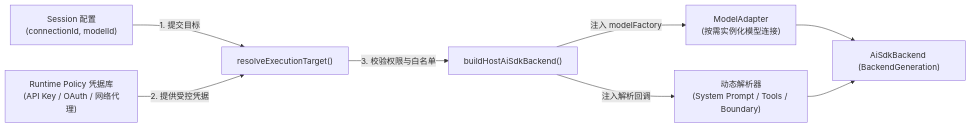
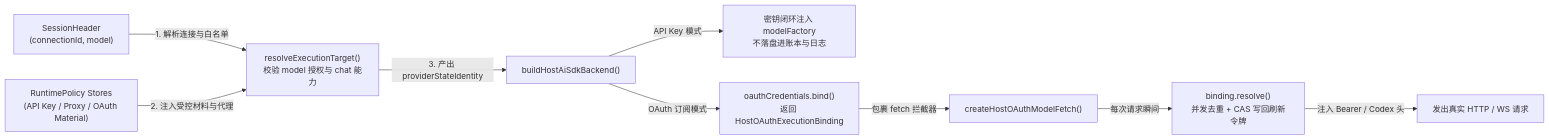
Before and after one commit to suger-m/agent-infrastructure-docs: the first of 3 diagrams in maka-agent-infra/01-runtime/provider-configuration.md, drawn with Mermaid. The commit also changed other lines of this file and 31 other files, not shown here.

````diff
--- a/maka-agent-infra/01-runtime/provider-configuration.md
+++ b/maka-agent-infra/01-runtime/provider-configuration.md
@@ -28,12 +26,13 @@
 ```mermaid
 flowchart LR
-    Config["Session 配置<br/>(connectionId, modelId)"] -->|"1. 提交目标"| Resolver["resolveExecutionTarget()"]
-    Policy["Runtime Policy 凭据库<br/>(API Key / OAuth / 网络代理)"] -->|"2. 提供受控凭据"| Resolver
-    Resolver -->|"3. 校验权限与白名单"| Builder["buildHostAiSdkBackend()"]
-    
-    Builder -->|注入 modelFactory| Adapter["ModelAdapter<br/>(按需实例化模型连接)"]
-    Builder -->|注入解析回调| Callbacks["动态解析器<br/>(System Prompt / Tools / Boundary)"]
-    
-    Adapter --> Backend["AiSdkBackend (BackendGeneration)"]
-    Callbacks --> Backend
+    Header["SessionHeader<br/>(connectionId, model)"] -->|"1. 解析连接与白名单"| Resolve["resolveExecutionTarget()<br/>校验 model 授权与 chat 能力"]
+    Policy["RuntimePolicy Stores<br/>(API Key / Proxy / OAuth Material)"] -->|"2. 注入受控材料与代理"| Resolve
+    Resolve -->|"3. 产出 providerStateIdentity"| Build["buildHostAiSdkBackend()"]
+
+    Build -->|"API Key 模式"| StaticKey["密钥闭环注入 modelFactory<br/>不落盘进账本与日志"]
+    Build -->|"OAuth 订阅模式"| Bind["oauthCredentials.bind()<br/>返回 HostOAuthExecutionBinding"]
+
+    Bind -->|"包裹 fetch 拦截器"| FetchWrap["createHostOAuthModelFetch()"]
+    FetchWrap -->|"每次请求瞬间"| DynamicToken["binding.resolve()<br/>并发去重 + CAS 写回刷新令牌"]
+    DynamicToken -->|"注入 Bearer / Codex 头"| Wire["发出真实 HTTP / WS 请求"]
 ```
````
